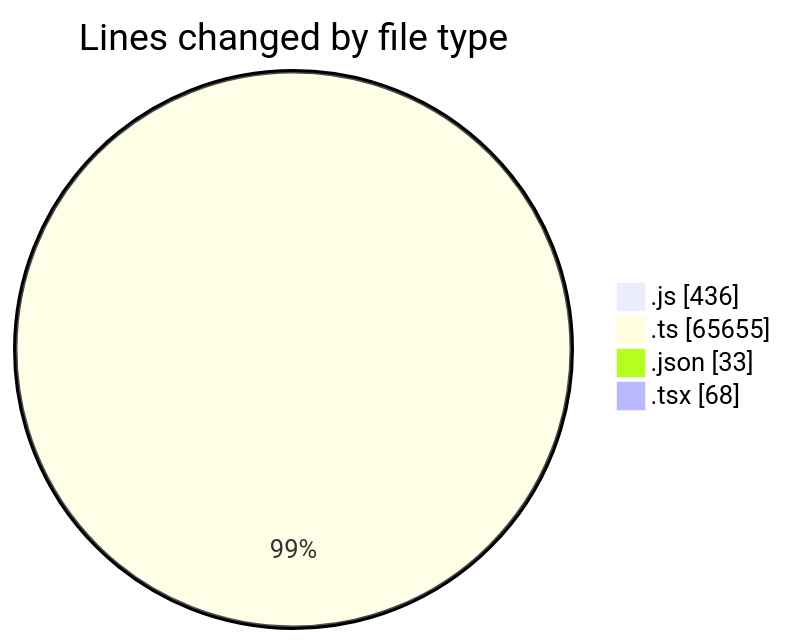
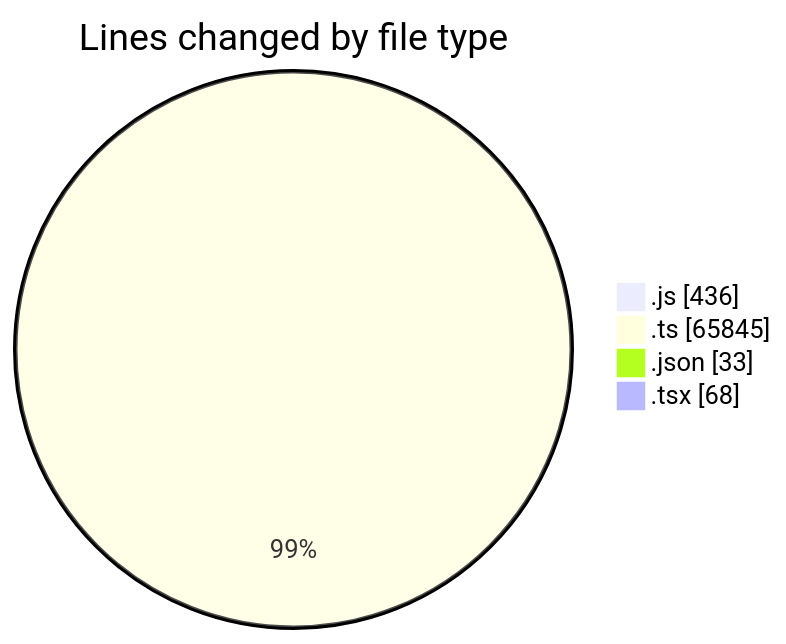
Before and after one commit to momahboobian/code-tracking: the first of 2 diagrams in 2026-07-27/cda/README.md, drawn with Mermaid. The commit also changed other lines of this file and 1 other file, not shown here.

````diff
--- a/2026-07-27/cda/README.md
+++ b/2026-07-27/cda/README.md
@@ -34,8 +34,8 @@
 ```mermaid
 pie showData
 title Lines changed by file type
 ".js" : 436
-".ts" : 65655
+".ts" : 65845
 ".json" : 33
 ".tsx" : 68
 ```
````
